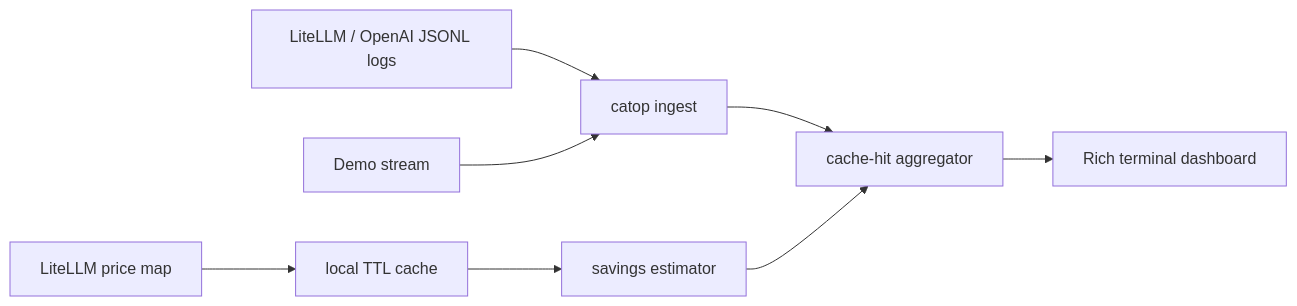
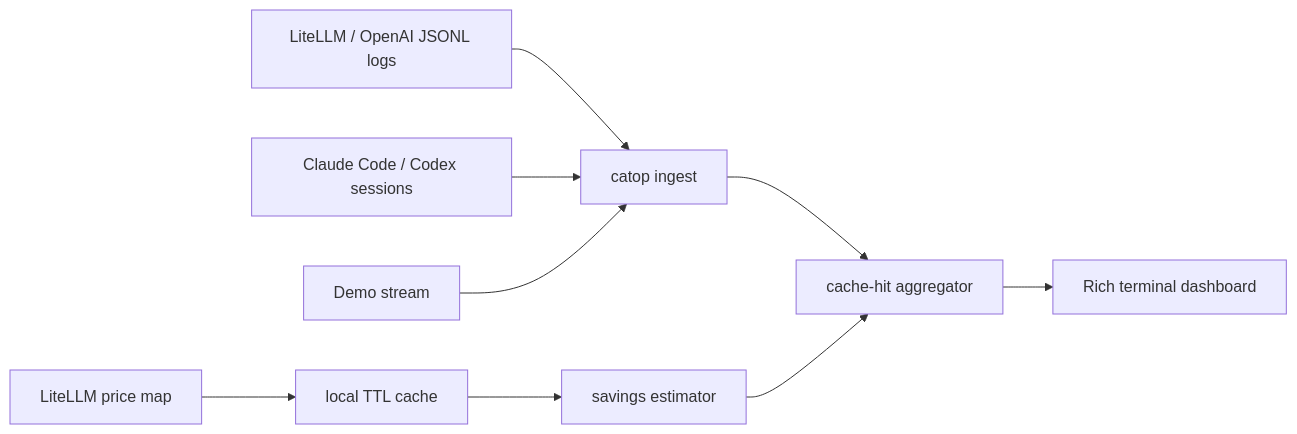
Before and after one commit to Harzva/catop-cachehit: the diagram in README.md, drawn with Mermaid. The commit also changed other lines of this file and 17 other files, not shown here.

````diff
--- a/README.md
+++ b/README.md
@@ -129,10 +179,11 @@
 ```mermaid
 flowchart LR
     A["LiteLLM / OpenAI JSONL logs"] --> B["catop ingest"]
-    C["Demo stream"] --> B
-    D["LiteLLM price map"] --> E["local TTL cache"]
-    E --> F["savings estimator"]
-    B --> G["cache-hit aggregator"]
-    F --> G
-    G --> H["Rich terminal dashboard"]
+    C["Claude Code / Codex sessions"] --> B
+    D["Demo stream"] --> B
+    E["LiteLLM price map"] --> F["local TTL cache"]
+    F --> G["savings estimator"]
+    B --> H["cache-hit aggregator"]
+    G --> H
+    H --> I["Rich terminal dashboard"]
 ```
````
